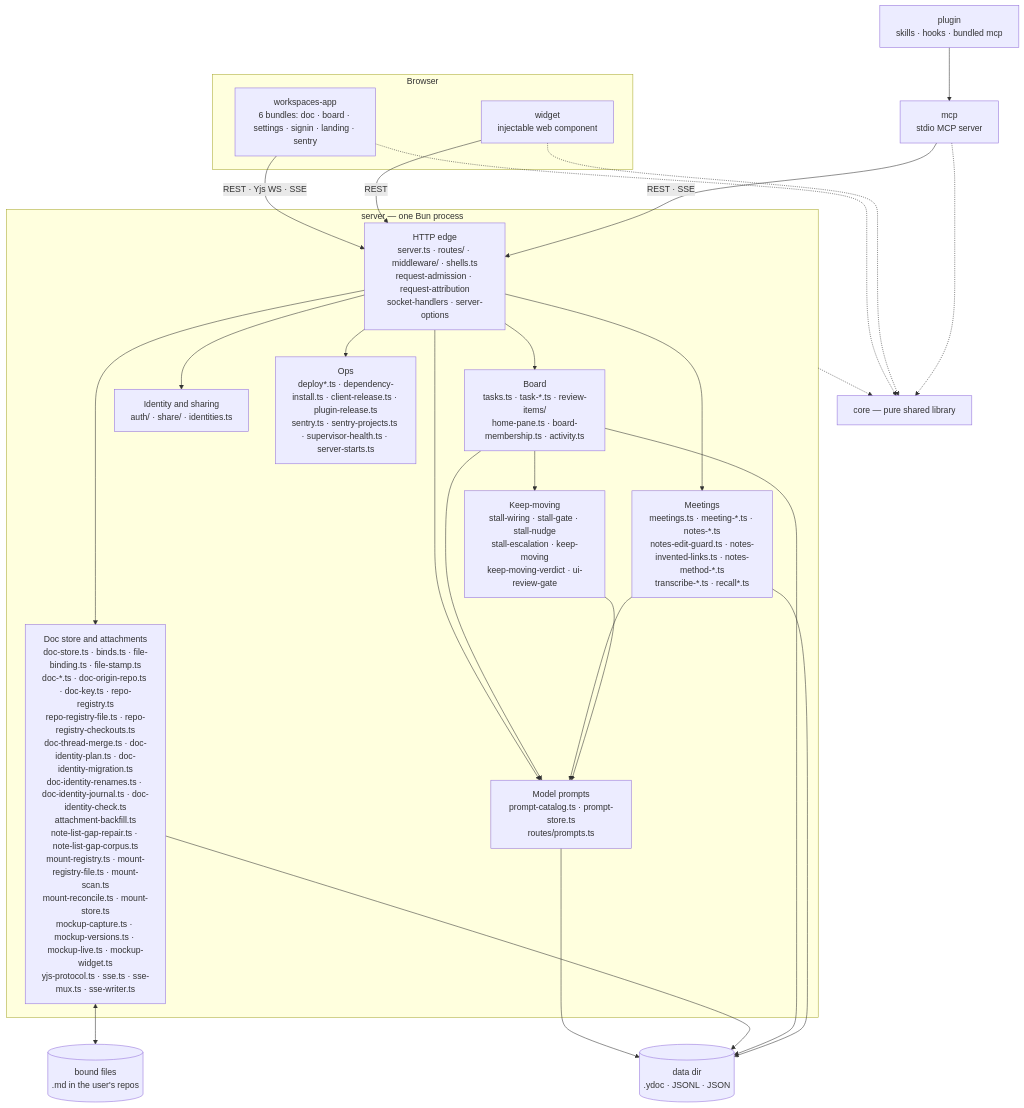
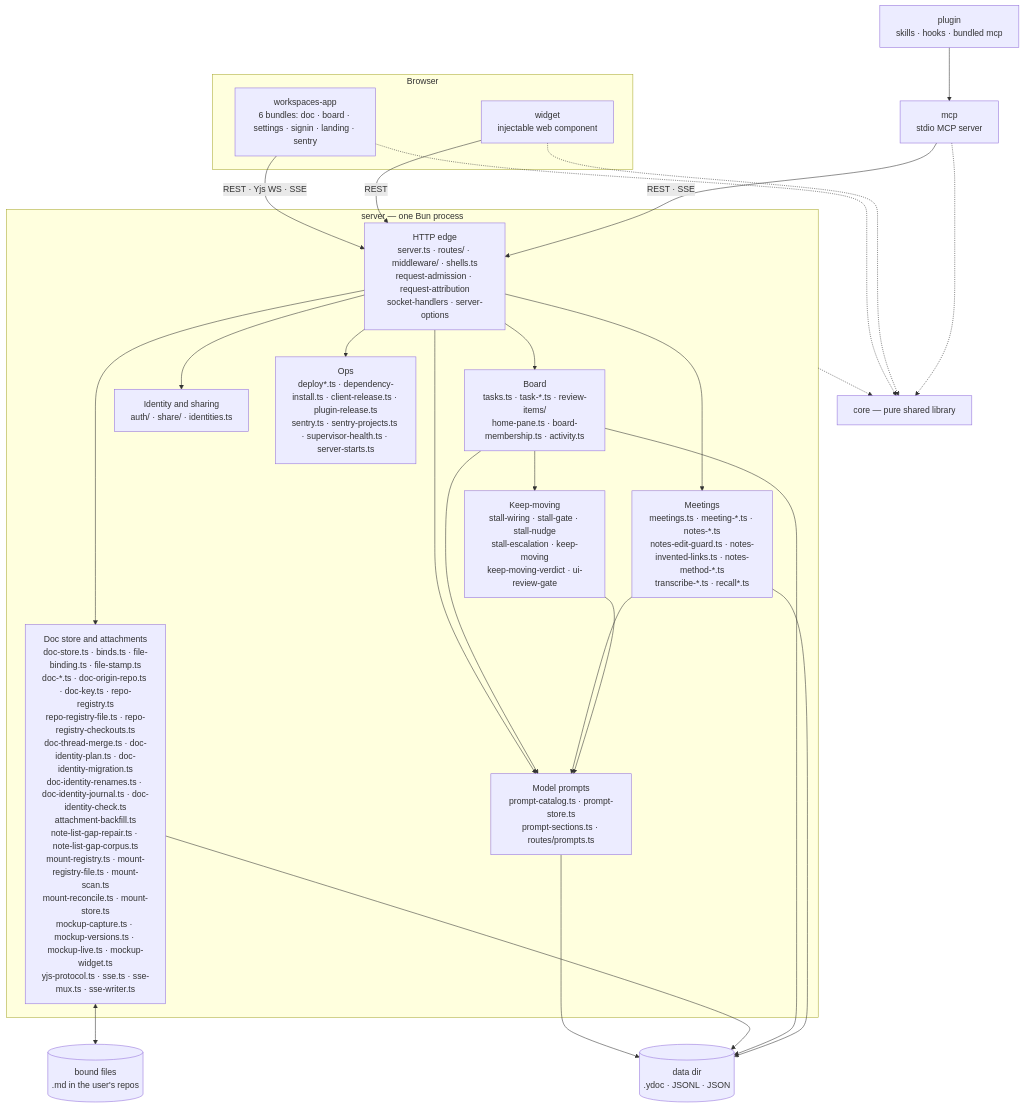
One commit to fryanpan/claude-workspaces-plugin changed the first of 2 diagrams in docs/architecture/overview.md. Above: the diagram before and after it, drawn with Mermaid. The commit also changed other lines of this file and 23 other files, not shown here.

````diff
--- a/docs/architecture/overview.md
+++ b/docs/architecture/overview.md
@@ -45,35 +45,35 @@
 ```mermaid
 flowchart TB
   subgraph browser[Browser]
     app["workspaces-app<br/>6 bundles: doc · board · settings · signin · landing · sentry"]
     wid["widget<br/>injectable web component"]
   end
   plug["plugin<br/>skills · hooks · bundled mcp"]
   mcp["mcp<br/>stdio MCP server"]
   subgraph srv["server — one Bun process"]
     edge["HTTP edge<br/>server.ts · routes/ · middleware/ · shells.ts<br/>request-admission · request-attribution<br/>socket-handlers · server-options"]
     docs["Doc store and attachments<br/>doc-store.ts · binds.ts · file-binding.ts · file-stamp.ts<br/>doc-*.ts · doc-origin-repo.ts · doc-key.ts · repo-registry.ts<br/>repo-registry-file.ts · repo-registry-checkouts.ts<br/>doc-thread-merge.ts · doc-identity-plan.ts · doc-identity-migration.ts<br/>doc-identity-renames.ts · doc-identity-journal.ts · doc-identity-check.ts<br/>attachment-backfill.ts<br/>note-list-gap-repair.ts · note-list-gap-corpus.ts<br/>mount-registry.ts · mount-registry-file.ts · mount-scan.ts<br/>mount-reconcile.ts · mount-store.ts<br/>mockup-capture.ts · mockup-versions.ts · mockup-live.ts · mockup-widget.ts<br/>yjs-protocol.ts · sse.ts · sse-mux.ts · sse-writer.ts"]
     board["Board<br/>tasks.ts · task-*.ts · review-items/<br/>home-pane.ts · board-membership.ts · activity.ts"]
     meet["Meetings<br/>meetings.ts · meeting-*.ts · notes-*.ts<br/>notes-edit-guard.ts · notes-invented-links.ts · notes-method-*.ts<br/>transcribe-*.ts · recall*.ts"]
     keep["Keep-moving<br/>stall-wiring · stall-gate · stall-nudge<br/>stall-escalation · keep-moving<br/>keep-moving-verdict · ui-review-gate"]
     ident["Identity and sharing<br/>auth/ · share/ · identities.ts"]
-    prompts["Model prompts<br/>prompt-catalog.ts · prompt-store.ts<br/>routes/prompts.ts"]
+    prompts["Model prompts<br/>prompt-catalog.ts · prompt-store.ts<br/>prompt-sections.ts · routes/prompts.ts"]
     ops["Ops<br/>deploy*.ts · dependency-install.ts · client-release.ts · plugin-release.ts<br/>sentry.ts · sentry-projects.ts · supervisor-health.ts · server-starts.ts"]
   end
   core["core — pure shared library"]
   disk[("data dir<br/>.ydoc · JSONL · JSON")]
   files[("bound files<br/>.md in the user's repos")]
 
   app -->|"REST · Yjs WS · SSE"| edge
   wid -->|REST| edge
   plug --> mcp
   mcp -->|"REST · SSE"| edge
   edge --> docs & board & meet & ident & ops & prompts
   board & meet & keep --> prompts
   prompts --> disk
   board --> keep
   docs <--> files
   docs & board & meet --> disk
   app & wid & mcp -.-> core
   srv -.-> core
 ```
````
